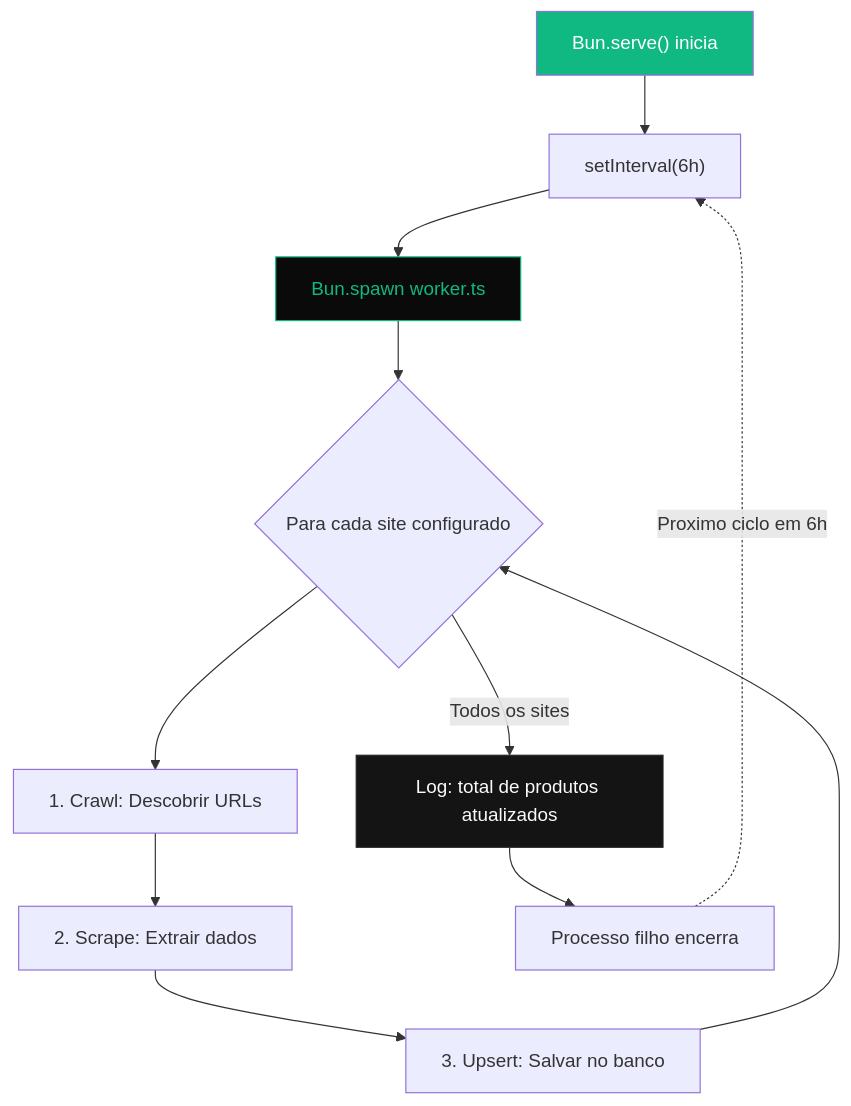
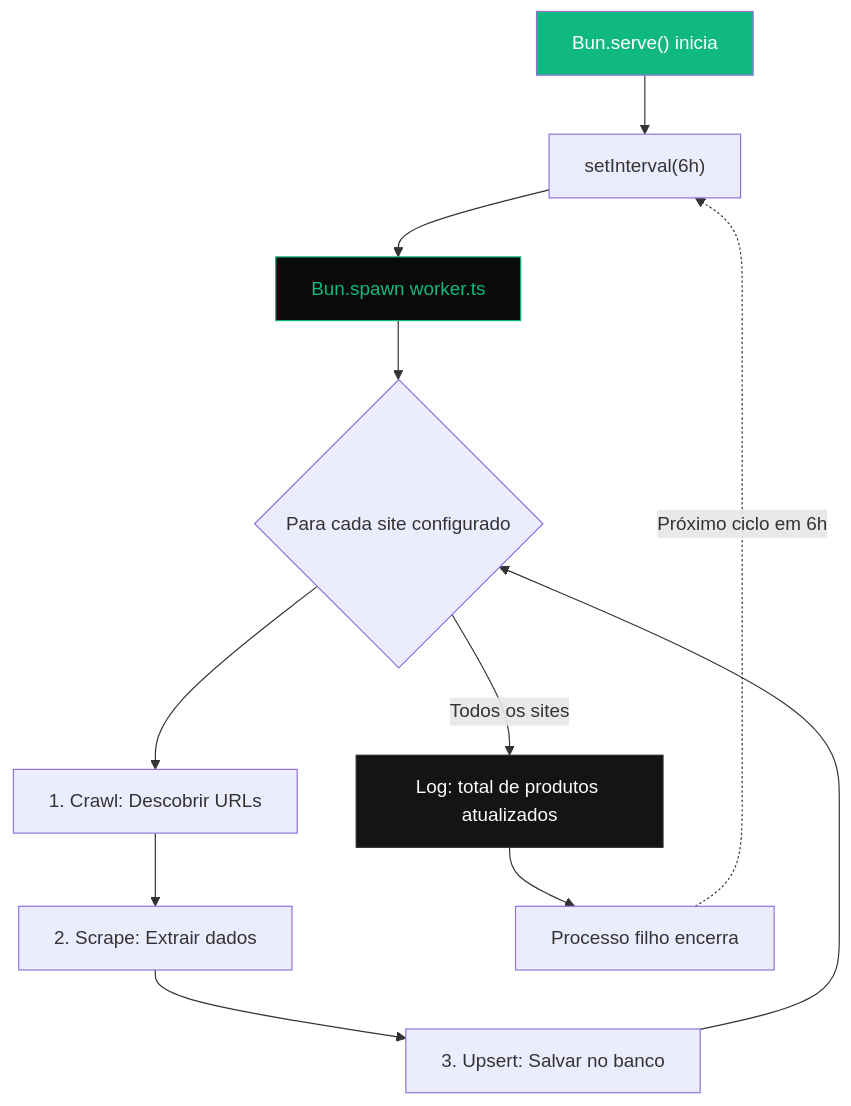
One commit to GXDEVS/potebarato changed the first of 3 diagrams in README.md. Above: the diagram before and after it, drawn with Mermaid. The commit also changed other lines of this file, not shown here.

````diff
--- a/README.md
+++ b/README.md
@@ -105,17 +105,17 @@
 ```mermaid
 flowchart TD
     A["Bun.serve() inicia"] --> B["setInterval(6h)"]
     B --> C["Bun.spawn worker.ts"]
     C --> D{"Para cada site configurado"}
     D --> E["1. Crawl: Descobrir URLs"]
     E --> F["2. Scrape: Extrair dados"]
     F --> G["3. Upsert: Salvar no banco"]
     G --> D
     D -->|Todos os sites| H["Log: total de produtos atualizados"]
     H --> I["Processo filho encerra"]
-    I -.->|Proximo ciclo em 6h| B
+    I -.->|Próximo ciclo em 6h| B
 
     style A fill:#10b981,color:#fff
     style C fill:#0a0a0a,stroke:#10b981,color:#10b981
     style H fill:#141414,stroke:#262626,color:#fafafa
 ```
````
